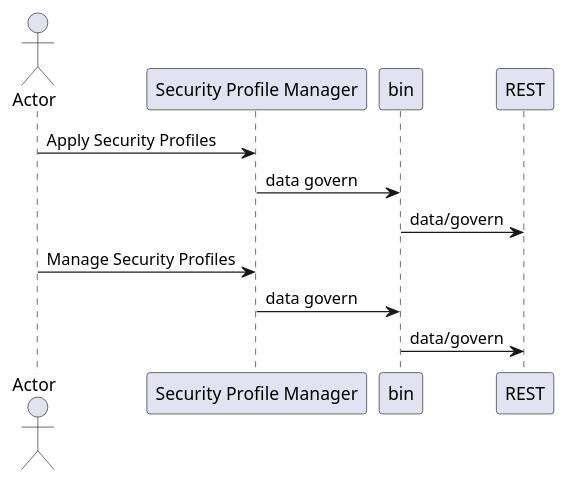
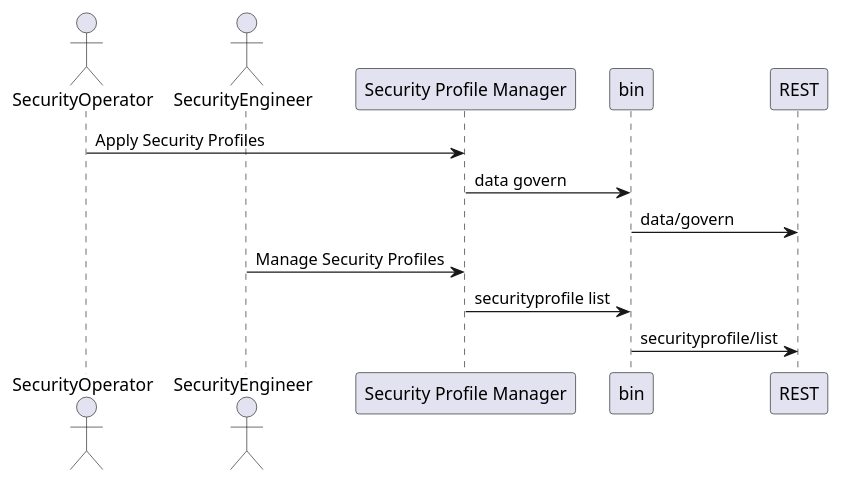
The diagram in docs/edgemere/sa/spm/userinteraction.puml (madajaju/edgemere), drawn with PlantUML before and after one commit. The commit also changed 1199 other files, not shown here.

```diff
--- a/docs/edgemere/sa/spm/userinteraction.puml
+++ b/docs/edgemere/sa/spm/userinteraction.puml
@@ -1,19 +1,21 @@
 @startuml
 
 
-actor "Actor" as actor
+actor "SecurityOperator" as securityoperator
+
+actor "SecurityEngineer" as securityengineer
 
 
 
 
-actor -> "Security Profile Manager": Apply Security Profiles
+securityoperator -> "Security Profile Manager": Apply Security Profiles
 "Security Profile Manager" -> bin: data govern
 bin -> REST: data/govern
 
-actor -> "Security Profile Manager": Manage Security Profiles
-"Security Profile Manager" -> bin: data govern
-bin -> REST: data/govern
+securityengineer -> "Security Profile Manager": Manage Security Profiles
+"Security Profile Manager" -> bin: securityprofile list
+bin -> REST: securityprofile/list
 
 
 
 @enduml
```
